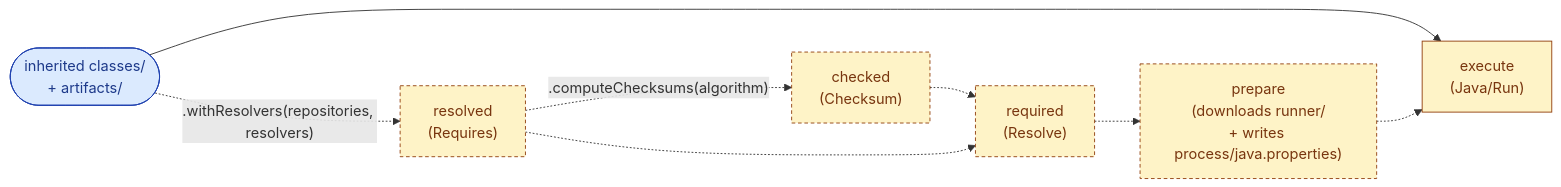
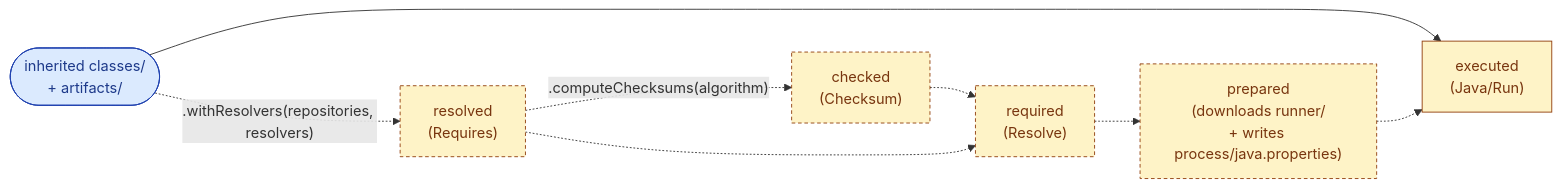
One commit to raphw/jenesis changed the second of 6 diagrams in README.md. Above: the diagram before and after it, drawn with Mermaid. The commit also changed other lines of this file and 35 other files, not shown here.

````diff
--- a/README.md
+++ b/README.md
@@ -295,19 +295,19 @@
 ```mermaid
 flowchart LR
   classDef input fill:#dbeafe,stroke:#1e40af,color:#1e3a8a;
   classDef step fill:#fef3c7,stroke:#92400e,color:#78350f;
   classDef optional fill:#fef3c7,stroke:#92400e,color:#78350f,stroke-dasharray:4 3;
   arts(["inherited classes/<br/>+ artifacts/"]):::input
   resolved["resolved<br/>(Requires)"]:::optional
   checked["checked<br/>(Checksum)"]:::optional
   required["required<br/>(Resolve)"]:::optional
-  prepare["prepare<br/>(downloads runner/<br/>+ writes process/java.properties)"]:::optional
-  execute["execute<br/>(Java/Run)"]:::step
-  arts --> execute
+  prepared["prepared<br/>(downloads runner/<br/>+ writes process/java.properties)"]:::optional
+  executed["executed<br/>(Java/Run)"]:::step
+  arts --> executed
   arts -.->|".withResolvers(repositories, resolvers)"| resolved
   resolved -.->|".computeChecksums(algorithm)"| checked
   checked -.-> required
   resolved -.-> required
-  required -.-> prepare
-  prepare -.-> execute
+  required -.-> prepared
+  prepared -.-> executed
 ```
````
